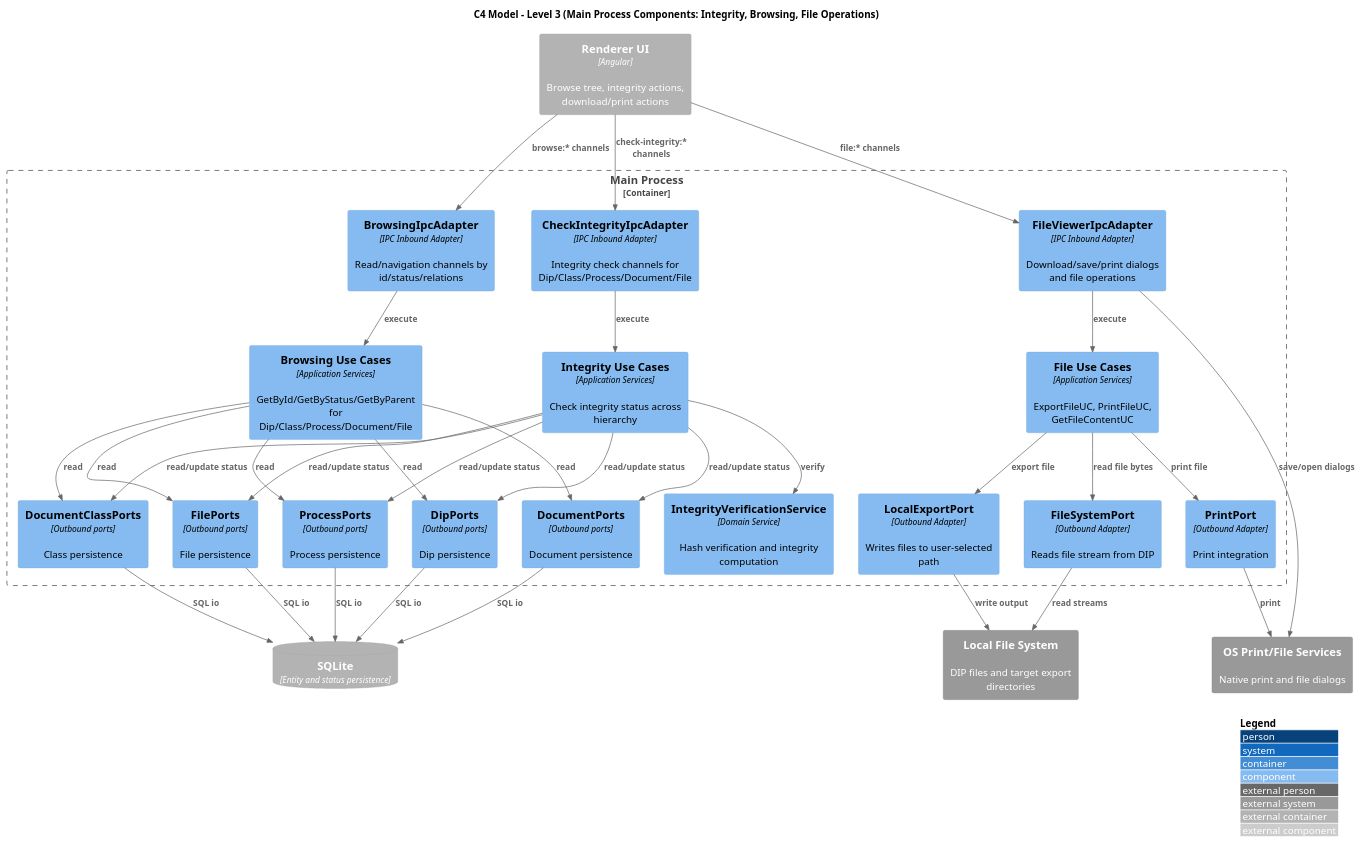
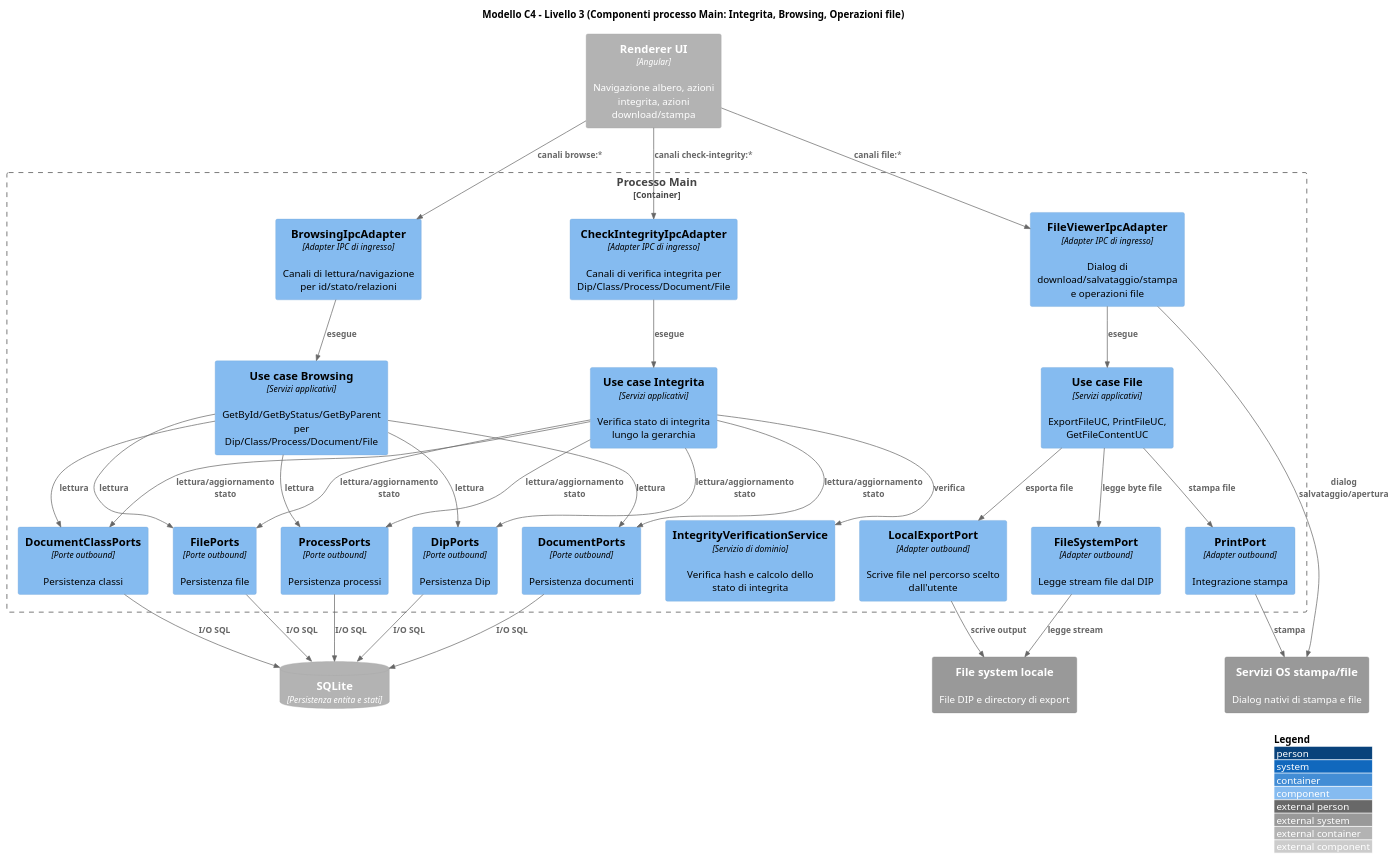
Before and after one commit to 7-ZPUs/Docs: the diagram in 3_PB/DocumentiEsterni/DiagrammiSpecificaTecnica/generated_/architecture/c1-c3/C3-main-integrity-browsing-fileops.puml, drawn with PlantUML. The commit also changed 17 other files, not shown here.

```diff
--- a/3_PB/DocumentiEsterni/DiagrammiSpecificaTecnica/generated_/architecture/c1-c3/C3-main-integrity-browsing-fileops.puml
+++ b/3_PB/DocumentiEsterni/DiagrammiSpecificaTecnica/generated_/architecture/c1-c3/C3-main-integrity-browsing-fileops.puml
@@ -1,72 +1,72 @@
 @startuml C3_Main_Integrity_Browsing_FileOps
 !includeurl https://raw.githubusercontent.com/plantuml-stdlib/C4-PlantUML/master/C4_Component.puml
 
-title C4 Model - Level 3 (Main Process Components: Integrity, Browsing, File Operations)
+title Modello C4 - Livello 3 (Componenti processo Main: Integrita, Browsing, Operazioni file)
 
 LAYOUT_WITH_LEGEND()
 
-Container_Boundary(main_container, "Main Process") {
-  Component(browsing_ipc, "BrowsingIpcAdapter", "IPC Inbound Adapter", "Read/navigation channels by id/status/relations")
-  Component(integrity_ipc, "CheckIntegrityIpcAdapter", "IPC Inbound Adapter", "Integrity check channels for Dip/Class/Process/Document/File")
-  Component(file_ipc, "FileViewerIpcAdapter", "IPC Inbound Adapter", "Download/save/print dialogs and file operations")
+Container_Boundary(main_container, "Processo Main") {
+  Component(browsing_ipc, "BrowsingIpcAdapter", "Adapter IPC di ingresso", "Canali di lettura/navigazione per id/stato/relazioni")
+  Component(integrity_ipc, "CheckIntegrityIpcAdapter", "Adapter IPC di ingresso", "Canali di verifica integrita per Dip/Class/Process/Document/File")
+  Component(file_ipc, "FileViewerIpcAdapter", "Adapter IPC di ingresso", "Dialog di download/salvataggio/stampa e operazioni file")
 
-  Component(browse_ucs, "Browsing Use Cases", "Application Services", "GetById/GetByStatus/GetByParent for Dip/Class/Process/Document/File")
-  Component(integrity_ucs, "Integrity Use Cases", "Application Services", "Check integrity status across hierarchy")
-  Component(file_ucs, "File Use Cases", "Application Services", "ExportFileUC, PrintFileUC, GetFileContentUC")
+  Component(browse_ucs, "Use case Browsing", "Servizi applicativi", "GetById/GetByStatus/GetByParent per Dip/Class/Process/Document/File")
+  Component(integrity_ucs, "Use case Integrita", "Servizi applicativi", "Verifica stato di integrita lungo la gerarchia")
+  Component(file_ucs, "Use case File", "Servizi applicativi", "ExportFileUC, PrintFileUC, GetFileContentUC")
 
-  Component(integrity_service, "IntegrityVerificationService", "Domain Service", "Hash verification and integrity computation")
+  Component(integrity_service, "IntegrityVerificationService", "Servizio di dominio", "Verifica hash e calcolo dello stato di integrita")
 
-  Component(dip_repo, "DipPorts", "Outbound ports", "Dip persistence")
-  Component(class_repo, "DocumentClassPorts", "Outbound ports", "Class persistence")
-  Component(process_repo, "ProcessPorts", "Outbound ports", "Process persistence")
-  Component(doc_repo, "DocumentPorts", "Outbound ports", "Document persistence")
-  Component(file_repo, "FilePorts", "Outbound ports", "File persistence")
+  Component(dip_repo, "DipPorts", "Porte outbound", "Persistenza Dip")
+  Component(class_repo, "DocumentClassPorts", "Porte outbound", "Persistenza classi")
+  Component(process_repo, "ProcessPorts", "Porte outbound", "Persistenza processi")
+  Component(doc_repo, "DocumentPorts", "Porte outbound", "Persistenza documenti")
+  Component(file_repo, "FilePorts", "Porte outbound", "Persistenza file")
 
-  Component(export_port, "LocalExportPort", "Outbound Adapter", "Writes files to user-selected path")
-  Component(print_port, "PrintPort", "Outbound Adapter", "Print integration")
-  Component(package_reader, "FileSystemPort", "Outbound Adapter", "Reads file stream from DIP")
+  Component(export_port, "LocalExportPort", "Adapter outbound", "Scrive file nel percorso scelto dall'utente")
+  Component(print_port, "PrintPort", "Adapter outbound", "Integrazione stampa")
+  Component(package_reader, "FileSystemPort", "Adapter outbound", "Legge stream file dal DIP")
 }
 
-Container_Ext(renderer, "Renderer UI", "Angular", "Browse tree, integrity actions, download/print actions")
-ContainerDb_Ext(sqlite, "SQLite", "Entity and status persistence")
-System_Ext(local_fs, "Local File System", "DIP files and target export directories")
-System_Ext(os_services, "OS Print/File Services", "Native print and file dialogs")
+Container_Ext(renderer, "Renderer UI", "Angular", "Navigazione albero, azioni integrita, azioni download/stampa")
+ContainerDb_Ext(sqlite, "SQLite", "Persistenza entita e stati")
+System_Ext(local_fs, "File system locale", "File DIP e directory di export")
+System_Ext(os_services, "Servizi OS stampa/file", "Dialog nativi di stampa e file")
 
-Rel(renderer, browsing_ipc, "browse:* channels")
-Rel(renderer, integrity_ipc, "check-integrity:* channels")
-Rel(renderer, file_ipc, "file:* channels")
+Rel(renderer, browsing_ipc, "canali browse:*")
+Rel(renderer, integrity_ipc, "canali check-integrity:*")
+Rel(renderer, file_ipc, "canali file:*")
 
-Rel(browsing_ipc, browse_ucs, "execute")
-Rel(integrity_ipc, integrity_ucs, "execute")
-Rel(file_ipc, file_ucs, "execute")
+Rel(browsing_ipc, browse_ucs, "esegue")
+Rel(integrity_ipc, integrity_ucs, "esegue")
+Rel(file_ipc, file_ucs, "esegue")
 
-Rel(integrity_ucs, integrity_service, "verify")
+Rel(integrity_ucs, integrity_service, "verifica")
 
-Rel(browse_ucs, dip_repo, "read")
-Rel(browse_ucs, class_repo, "read")
-Rel(browse_ucs, process_repo, "read")
-Rel(browse_ucs, doc_repo, "read")
-Rel(browse_ucs, file_repo, "read")
+Rel(browse_ucs, dip_repo, "lettura")
+Rel(browse_ucs, class_repo, "lettura")
+Rel(browse_ucs, process_repo, "lettura")
+Rel(browse_ucs, doc_repo, "lettura")
+Rel(browse_ucs, file_repo, "lettura")
 
-Rel(integrity_ucs, dip_repo, "read/update status")
-Rel(integrity_ucs, class_repo, "read/update status")
-Rel(integrity_ucs, process_repo, "read/update status")
-Rel(integrity_ucs, doc_repo, "read/update status")
-Rel(integrity_ucs, file_repo, "read/update status")
+Rel(integrity_ucs, dip_repo, "lettura/aggiornamento stato")
+Rel(integrity_ucs, class_repo, "lettura/aggiornamento stato")
+Rel(integrity_ucs, process_repo, "lettura/aggiornamento stato")
+Rel(integrity_ucs, doc_repo, "lettura/aggiornamento stato")
+Rel(integrity_ucs, file_repo, "lettura/aggiornamento stato")
 
-Rel(file_ucs, package_reader, "read file bytes")
-Rel(file_ucs, export_port, "export file")
-Rel(file_ucs, print_port, "print file")
+Rel(file_ucs, package_reader, "legge byte file")
+Rel(file_ucs, export_port, "esporta file")
+Rel(file_ucs, print_port, "stampa file")
 
-Rel(dip_repo, sqlite, "SQL io")
-Rel(class_repo, sqlite, "SQL io")
-Rel(process_repo, sqlite, "SQL io")
-Rel(doc_repo, sqlite, "SQL io")
-Rel(file_repo, sqlite, "SQL io")
+Rel(dip_repo, sqlite, "I/O SQL")
+Rel(class_repo, sqlite, "I/O SQL")
+Rel(process_repo, sqlite, "I/O SQL")
+Rel(doc_repo, sqlite, "I/O SQL")
+Rel(file_repo, sqlite, "I/O SQL")
 
-Rel(package_reader, local_fs, "read streams")
-Rel(export_port, local_fs, "write output")
-Rel(print_port, os_services, "print")
-Rel(file_ipc, os_services, "save/open dialogs")
+Rel(package_reader, local_fs, "legge stream")
+Rel(export_port, local_fs, "scrive output")
+Rel(print_port, os_services, "stampa")
+Rel(file_ipc, os_services, "dialog salvataggio/apertura")
 
 @enduml
```
